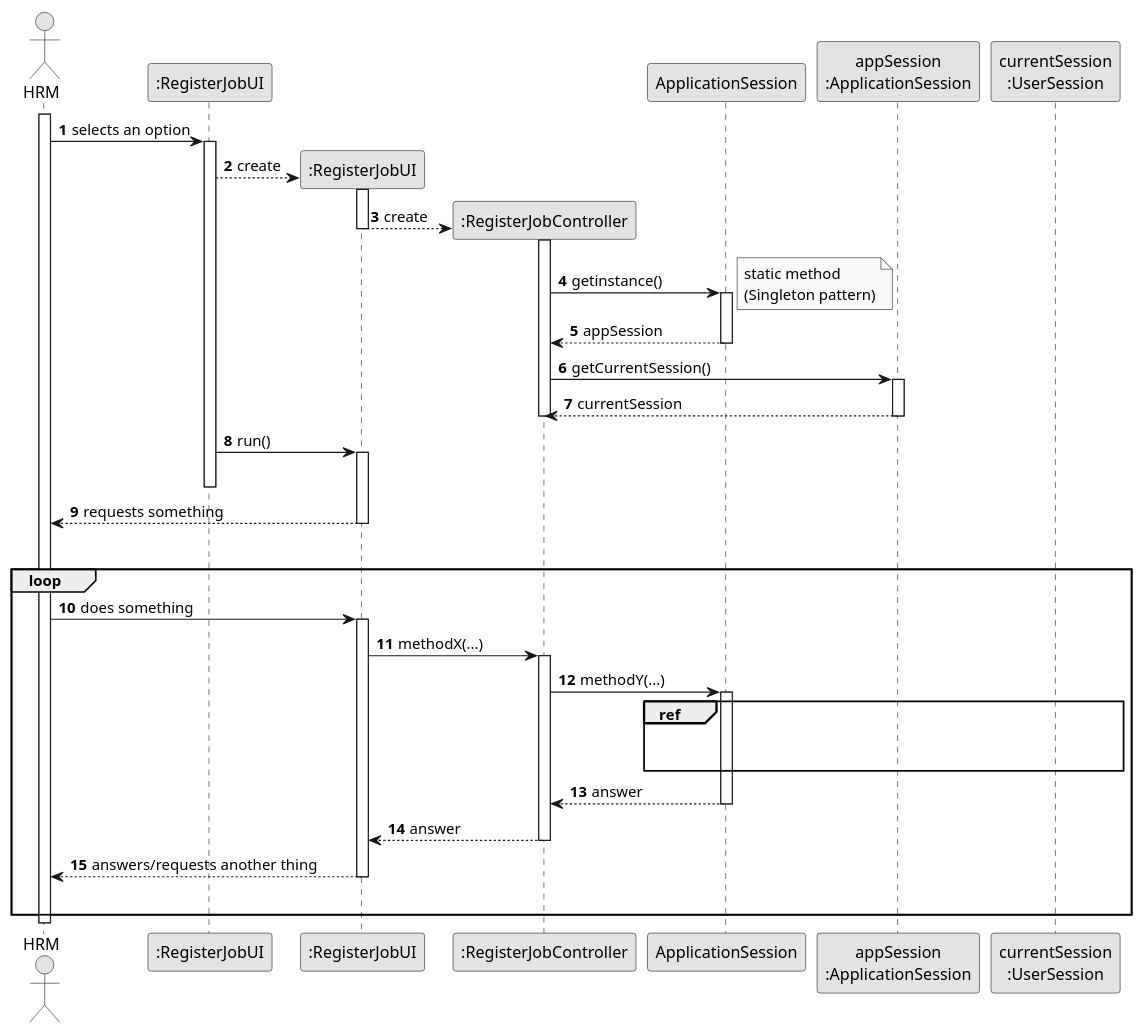
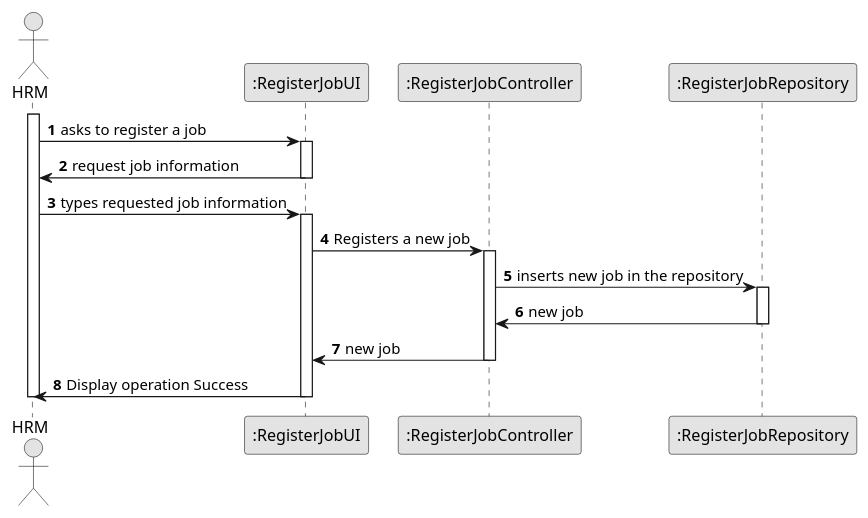
The diagram in docs/sprintB/us002/03.design/puml/us002-sequence-diagram-ui-controller-overview.puml (Departamento-de-Engenharia-Informatica/lei-24-s2-1dm-g132), drawn with PlantUML before and after one commit. The commit also changed 3 other files, not shown here.

Commit message:
Updates in the us002 and us006 Sequence diagram

```diff
--- a/docs/sprintB/us002/03.design/puml/us002-sequence-diagram-ui-controller-overview.puml
+++ b/docs/sprintB/us002/03.design/puml/us002-sequence-diagram-ui-controller-overview.puml
@@ -1,75 +1,35 @@
 @startuml
 skinparam monochrome true
 skinparam packageStyle rectangle
 skinparam shadowing false
 
 autonumber
 
 'hide footbox
 actor "HRM" as USER
-participant ":RegisterJobUI" as MENU
 participant ":RegisterJobUI" as RegisterJobUI
 participant ":RegisterJobController" as RegisterJobController
-participant "ApplicationSession" as APPSESSIONC
-participant "appSession\n:ApplicationSession" as APPSESSIONI
-participant "currentSession\n:UserSession" as CURSESSION
+participant ":RegisterJobRepository" as RegisterJobRepository
 
 activate USER
+USER -> RegisterJobUI : asks to register a job
+activate RegisterJobUI
+RegisterJobUI ->USER : request job information
+deactivate RegisterJobUI
 
-    USER -> MENU : selects an option
-    activate MENU
-        MENU --> RegisterJobUI** : create
-        activate RegisterJobUI
+USER -> RegisterJobUI : types requested job information
+activate RegisterJobUI
+RegisterJobUI -> RegisterJobController : Registers a new job
+activate RegisterJobController
+RegisterJobController -> RegisterJobRepository:inserts new job in the repository
+activate RegisterJobRepository
+RegisterJobRepository -> RegisterJobController : new job
+deactivate RegisterJobRepository
+RegisterJobController -> RegisterJobUI : new job
+deactivate RegisterJobController
 
-            RegisterJobUI --> RegisterJobController** : create
-        deactivate RegisterJobUI
-
-        activate RegisterJobController
-            RegisterJobController -> APPSESSIONC : getinstance()
-            note right
-                static method
-                (Singleton pattern)
-            end note
-            activate APPSESSIONC
-                APPSESSIONC --> RegisterJobController : appSession
-            deactivate APPSESSIONC
-
-            RegisterJobController -> APPSESSIONI : getCurrentSession()
-            activate APPSESSIONI
-                APPSESSIONI --> RegisterJobController : currentSession
-            deactivate APPSESSIONI
-        deactivate RegisterJobController
-
-        MENU -> RegisterJobUI : run()
-        activate RegisterJobUI
-    deactivate MENU
-
-            RegisterJobUI --> USER : requests something
-            |||
-        deactivate RegisterJobUI
-
-    loop
-        USER -> RegisterJobUI : does something
-        activate RegisterJobUI
-            RegisterJobUI -> RegisterJobController : methodX(...)
-            activate RegisterJobController
-                RegisterJobController -> APPSESSIONC : methodY(...)
-                activate APPSESSIONC
-                    ref over APPSESSIONC,APPSESSIONI,CURSESSION
-
-
-                    end ref
-                    APPSESSIONC --> RegisterJobController : answer
-                deactivate APPSESSIONC
-
-                RegisterJobController --> RegisterJobUI : answer
-            deactivate RegisterJobController
-
-            RegisterJobUI --> USER : answers/requests another thing
-            |||
-        deactivate RegisterJobUI
-    end loop
-
+RegisterJobUI -> USER : Display operation Success
+deactivate RegisterJobUI
 deactivate USER
 
 @enduml
```
